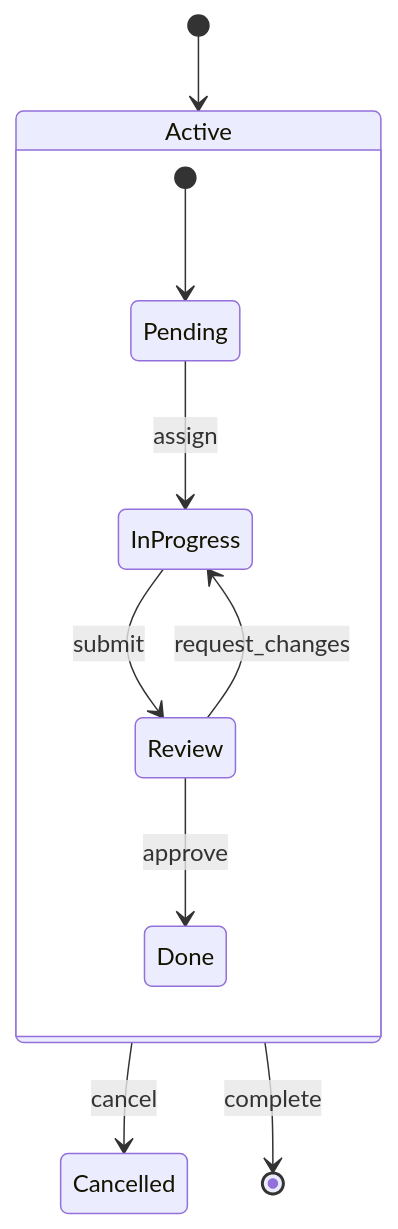
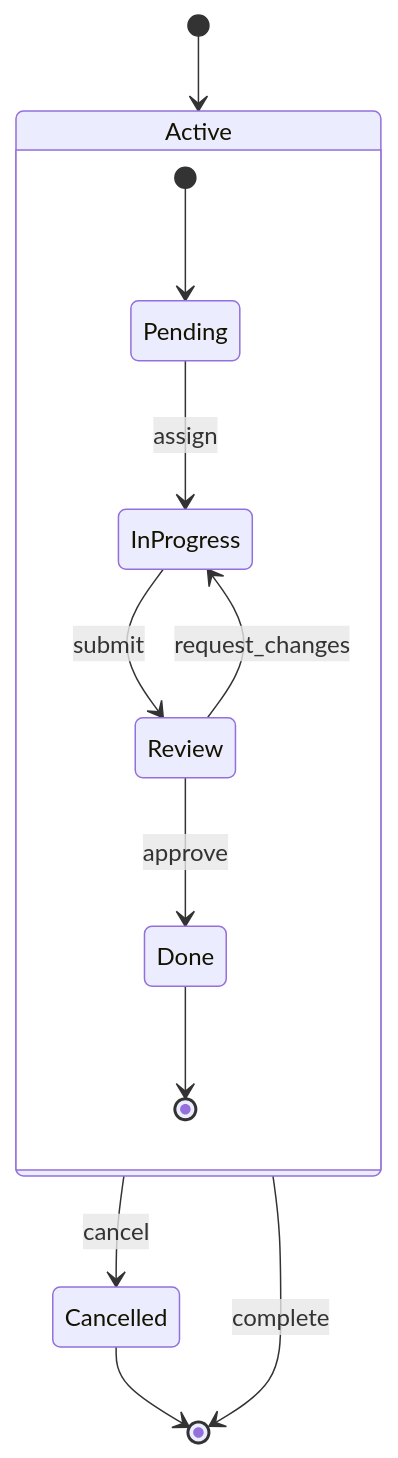
Before and after one commit to costa-marcello/repertoire: the second of 14 diagrams in skills/mermaid-diagrams/references/other-diagrams.md, drawn with Mermaid. The commit also changed other lines of this file and 12 other files, not shown here.

First line of the commit message:
Fix mermaid-diagrams examples that broke its own rules

````diff
--- a/skills/mermaid-diagrams/references/other-diagrams.md
+++ b/skills/mermaid-diagrams/references/other-diagrams.md
@@ -36,15 +34,17 @@
 ```mermaid
 stateDiagram-v2
     [*] --> Active
 
     state Active {
         [*] --> Pending
         Pending --> InProgress : assign
         InProgress --> Review : submit
         Review --> InProgress : request_changes
         Review --> Done : approve
+        Done --> [*]
     }
 
     Active --> Cancelled : cancel
     Active --> [*] : complete
+    Cancelled --> [*]
 ```
````
